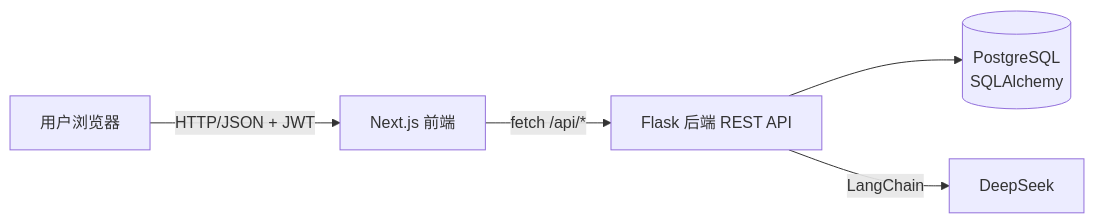
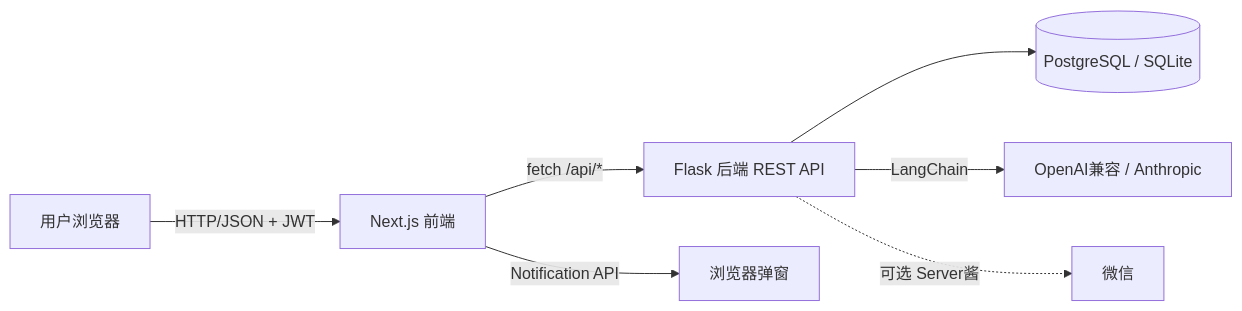
The first of 2 diagrams in docs/ARCHITECTURE.md (YNT37/vita), drawn with Mermaid before and after one commit. The commit also changed other lines of this file and 13 other files, not shown here.

````diff
--- a/docs/ARCHITECTURE.md
+++ b/docs/ARCHITECTURE.md
@@ -8,7 +9,9 @@
 ```mermaid
 flowchart LR
   U[用户浏览器] -->|HTTP/JSON + JWT| FE[Next.js 前端]
   FE -->|fetch /api/*| BE[Flask 后端 REST API]
-  BE --> DB[(PostgreSQL\nSQLAlchemy)]
-  BE -->|LangChain| DS[DeepSeek]
+  BE --> DB[(PostgreSQL / SQLite)]
+  BE -->|LangChain| AI[OpenAI兼容 / Anthropic]
+  FE -->|Notification API| BN[浏览器弹窗]
+  BE -.->|可选 Server酱| WX[微信]
 ```
````
